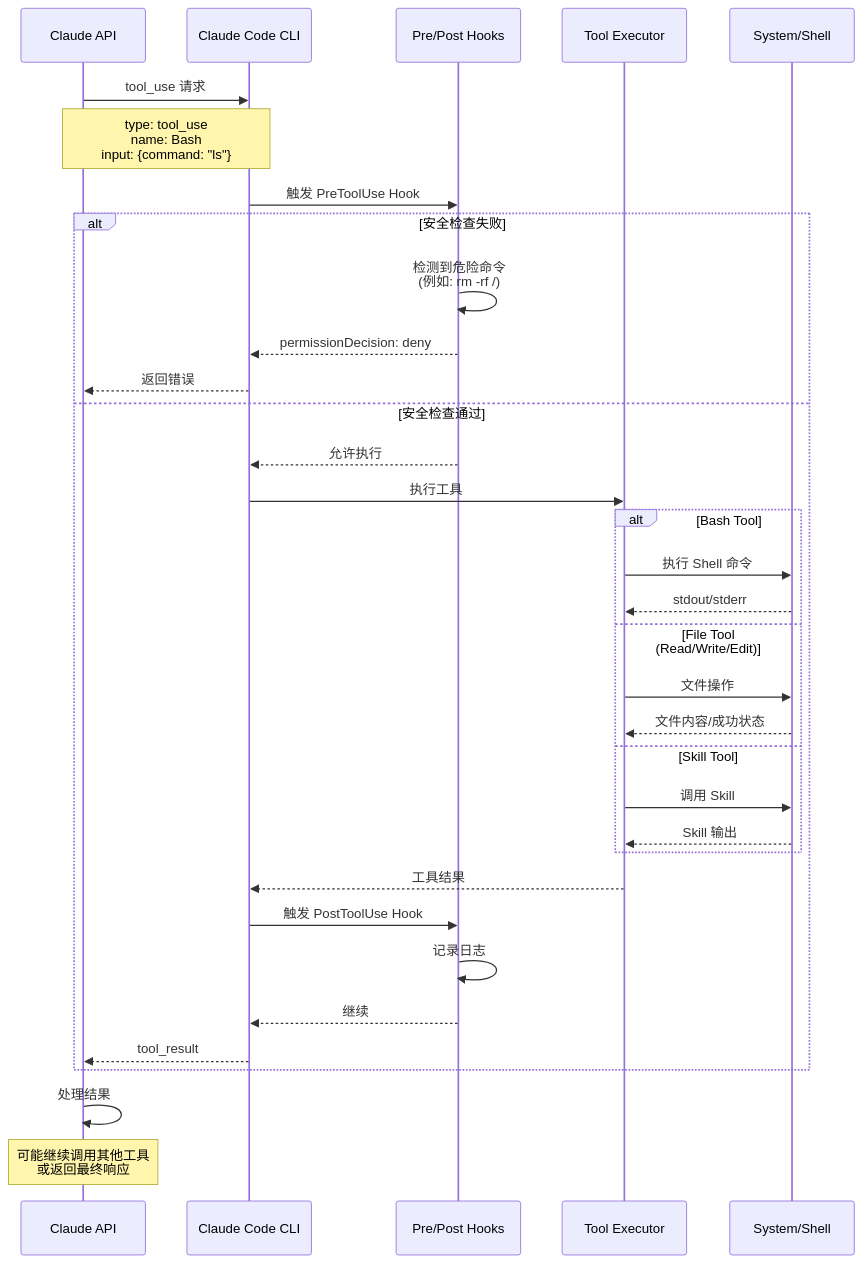
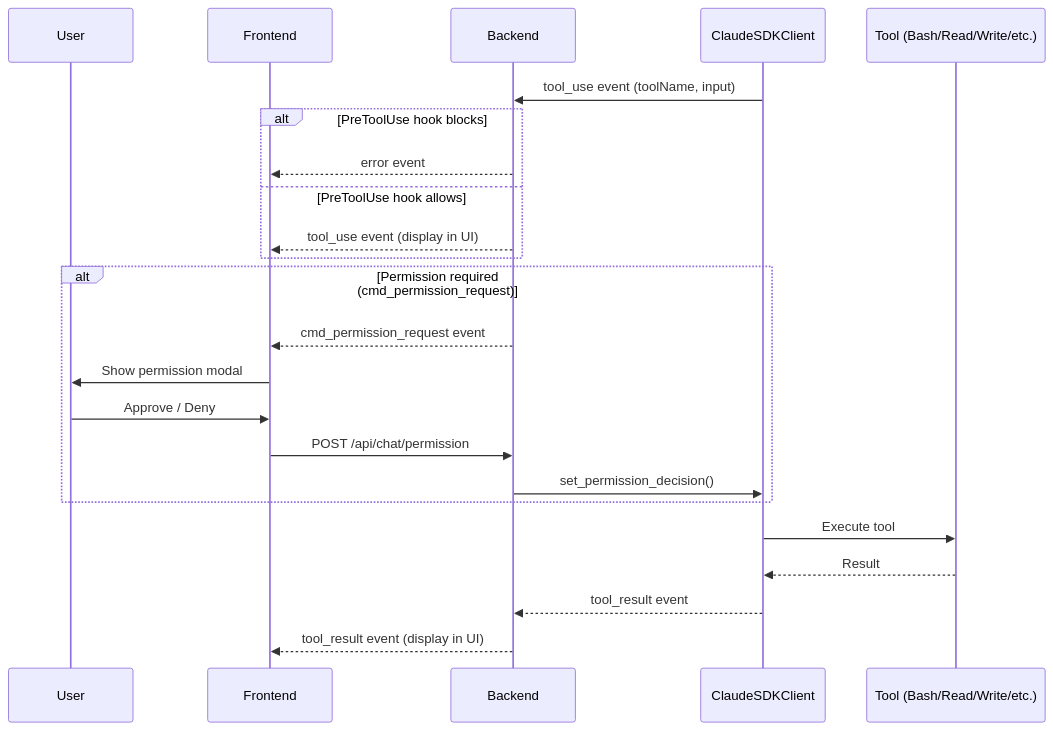
One commit to xg-gh-25/SwarmAI changed the sixth of 8 diagrams in .kiro/specs/FLOWCHARTS.md. Above: the diagram before and after it, drawn with Mermaid. The commit also changed other lines of this file, not shown here.

First line of the commit message:
docs: Rewrite FLOWCHARTS.md with current system mermaid diagrams

````diff
--- a/.kiro/specs/FLOWCHARTS.md
+++ b/.kiro/specs/FLOWCHARTS.md
@@ -154,42 +177,29 @@
 ```mermaid
 sequenceDiagram
-    participant Claude as Claude API
-    participant CLI as Claude Code CLI
-    participant Hook as Pre/Post Hooks
-    participant Tool as Tool Executor
-    participant System as System/Shell
+    participant User
+    participant FE as Frontend
+    participant BE as Backend
+    participant SDK as ClaudeSDKClient
+    participant Tool as Tool (Bash/Read/Write/etc.)
 
-    Claude->>CLI: tool_use 请求
-    Note over Claude,CLI: type: tool_use<br/>name: Bash<br/>input: {command: "ls"}
+    SDK->>BE: tool_use event (toolName, input)
 
-    CLI->>Hook: 触发 PreToolUse Hook
-
-    alt 安全检查失败
-        Hook->>Hook: 检测到危险命令<br/>(例如: rm -rf /)
-        Hook-->>CLI: permissionDecision: deny
-        CLI-->>Claude: 返回错误
-    else 安全检查通过
-        Hook-->>CLI: 允许执行
-        CLI->>Tool: 执行工具
-
-        alt Bash Tool
-            Tool->>System: 执行 Shell 命令
-            System-->>Tool: stdout/stderr
-        else File Tool (Read/Write/Edit)
-            Tool->>System: 文件操作
-            System-->>Tool: 文件内容/成功状态
-        else Skill Tool
-            Tool->>System: 调用 Skill
-            System-->>Tool: Skill 输出
-        end
-
-        Tool-->>CLI: 工具结果
-        CLI->>Hook: 触发 PostToolUse Hook
-        Hook->>Hook: 记录日志
-        Hook-->>CLI: 继续
-        CLI-->>Claude: tool_result
+    alt PreToolUse hook blocks
+        BE-->>FE: error event
+    else PreToolUse hook allows
+        BE-->>FE: tool_use event (display in UI)
     end
 
-    Claude->>Claude: 处理结果
-    Note over Claude: 可能继续调用其他工具<br/>或返回最终响应
+    alt Permission required (cmd_permission_request)
+        BE-->>FE: cmd_permission_request event
+        FE->>User: Show permission modal
+        User->>FE: Approve / Deny
+        FE->>BE: POST /api/chat/permission
+        BE->>SDK: set_permission_decision()
+    end
+
+    SDK->>Tool: Execute tool
+    Tool-->>SDK: Result
+    SDK-->>BE: tool_result event
+    BE-->>FE: tool_result event (display in UI)
 ```
````
